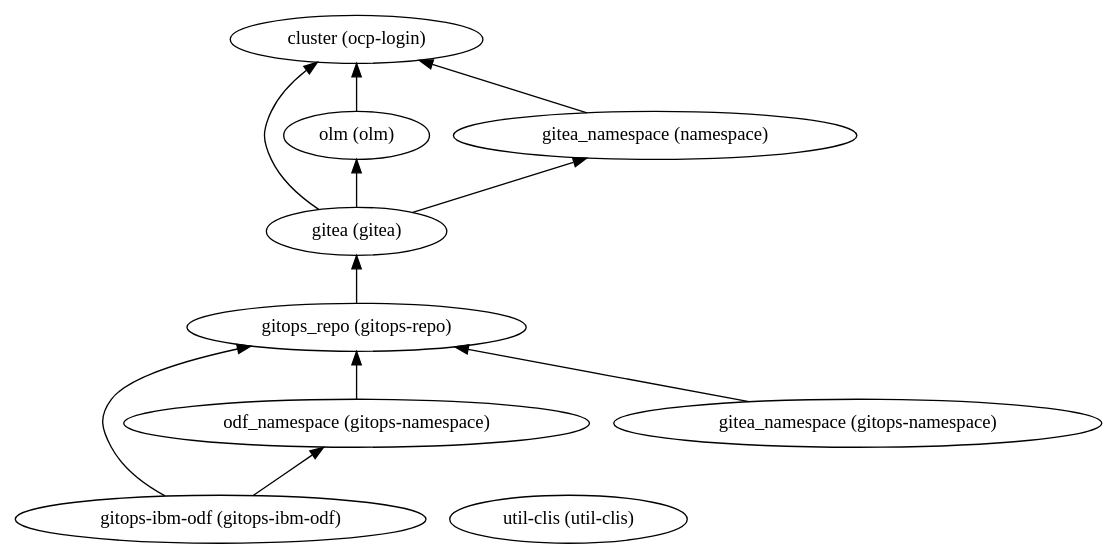
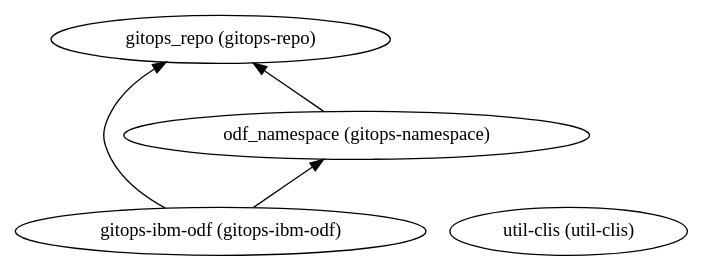
The diagram in 210-ibm-odf-storage/dependencies.dot (IBM/automation-data-foundation), drawn with Graphviz before and after one commit. The commit also changed 132 other files, not shown here.

```diff
--- a/210-ibm-odf-storage/dependencies.dot
+++ b/210-ibm-odf-storage/dependencies.dot
@@ -1,22 +1,10 @@
 digraph {
     rankdir="BT"
-    "gitea (gitea)" -> "cluster (ocp-login)"
-"gitea (gitea)" -> "olm (olm)"
-"gitea (gitea)" -> "gitea_namespace (namespace)"
-"gitea (gitea)"
-"cluster (ocp-login)"
-"olm (olm)" -> "cluster (ocp-login)"
-"olm (olm)"
-"gitea_namespace (namespace)" -> "cluster (ocp-login)"
-"gitea_namespace (namespace)"
-"gitops-ibm-odf (gitops-ibm-odf)" -> "gitops_repo (gitops-repo)"
+    "gitops-ibm-odf (gitops-ibm-odf)" -> "gitops_repo (gitops-repo)"
 "gitops-ibm-odf (gitops-ibm-odf)" -> "odf_namespace (gitops-namespace)"
 "gitops-ibm-odf (gitops-ibm-odf)"
-"gitops_repo (gitops-repo)" -> "gitea (gitea)"
 "gitops_repo (gitops-repo)"
 "odf_namespace (gitops-namespace)" -> "gitops_repo (gitops-repo)"
 "odf_namespace (gitops-namespace)"
-"gitea_namespace (gitops-namespace)" -> "gitops_repo (gitops-repo)"
-"gitea_namespace (gitops-namespace)"
 "util-clis (util-clis)"
   }
```
